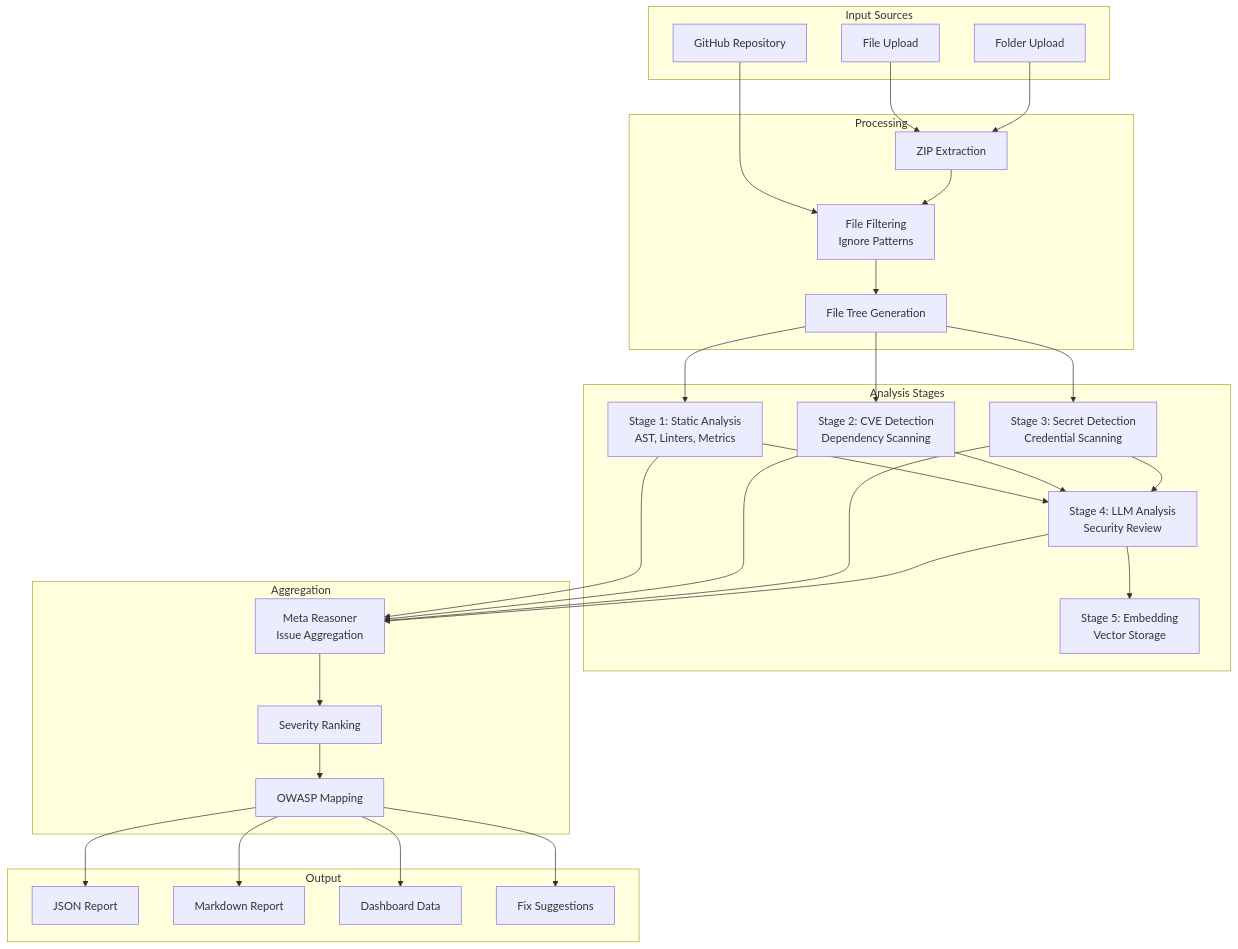
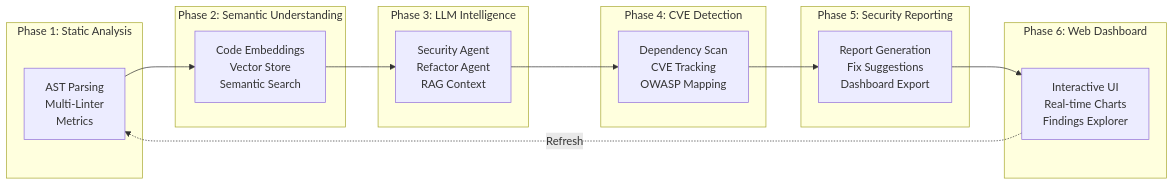
The second of 2 diagrams in README.md (Krushna56/ai_code_review), drawn with Mermaid before and after one commit. The commit also changed other lines of this file and 16 other files, not shown here.

Commit message:
update the ui and backend and more analysis metrics

````diff
--- a/README.md
+++ b/README.md
@@ -286,65 +105,34 @@
 ```mermaid
-graph TD
-    subgraph "Input Sources"
-        FileUpload[File Upload]
-        GitRepo[GitHub Repository]
-        FolderUpload[Folder Upload]
+flowchart LR
+    subgraph "Phase 1: Static Analysis"
+        P1[AST Parsing<br/>Multi-Linter<br/>Metrics]
     end
 
-    subgraph "Processing"
-        ExtractZip[ZIP Extraction]
-        FileFilter[File Filtering<br/>Ignore Patterns]
-        FileTree[File Tree Generation]
+    subgraph "Phase 2: Semantic Understanding"
+        P2[Code Embeddings<br/>Vector Store<br/>Semantic Search]
     end
 
-    subgraph "Analysis Stages"
-        Stage1[Stage 1: Static Analysis<br/>AST, Linters, Metrics]
-        Stage2[Stage 2: CVE Detection<br/>Dependency Scanning]
-        Stage3[Stage 3: Secret Detection<br/>Credential Scanning]
-        Stage4[Stage 4: LLM Analysis<br/>Security Review]
-        Stage5[Stage 5: Embedding<br/>Vector Storage]
+    subgraph "Phase 3: LLM Intelligence"
+        P3[Security Agent<br/>Refactor Agent<br/>RAG Context]
     end
 
-    subgraph "Aggregation"
-        MetaReason[Meta Reasoner<br/>Issue Aggregation]
-        Severity[Severity Ranking]
-        OWASP[OWASP Mapping]
+    subgraph "Phase 4: CVE Detection"
+        P4[Dependency Scan<br/>CVE Tracking<br/>OWASP Mapping]
     end
 
-    subgraph "Output"
-        JSONReport[JSON Report]
-        MDReport[Markdown Report]
-        DashboardJSON[Dashboard Data]
-        FixSuggestions[Fix Suggestions]
+    subgraph "Phase 5: Security Reporting"
+        P5[Report Generation<br/>Fix Suggestions<br/>Dashboard Export]
     end
 
-    FileUpload --> ExtractZip
-    GitRepo --> FileFilter
-    FolderUpload --> ExtractZip
+    subgraph "Phase 6: Web Dashboard"
+        P6[Interactive UI<br/>Real-time Charts<br/>Findings Explorer]
+    end
 
-    ExtractZip --> FileFilter
-    FileFilter --> FileTree
+    P1 --> P2
+    P2 --> P3
+    P3 --> P4
+    P4 --> P5
+    P5 --> P6
 
-    FileTree --> Stage1
-    FileTree --> Stage2
-    FileTree --> Stage3
-
-    Stage1 --> Stage4
-    Stage2 --> Stage4
-    Stage3 --> Stage4
-
-    Stage4 --> Stage5
-
-    Stage1 --> MetaReason
-    Stage2 --> MetaReason
-    Stage3 --> MetaReason
-    Stage4 --> MetaReason
-
-    MetaReason --> Severity
-    Severity --> OWASP
-
-    OWASP --> JSONReport
-    OWASP --> MDReport
-    OWASP --> DashboardJSON
-    OWASP --> FixSuggestions
+    P6 -.Refresh.-> P1
 ```
````
